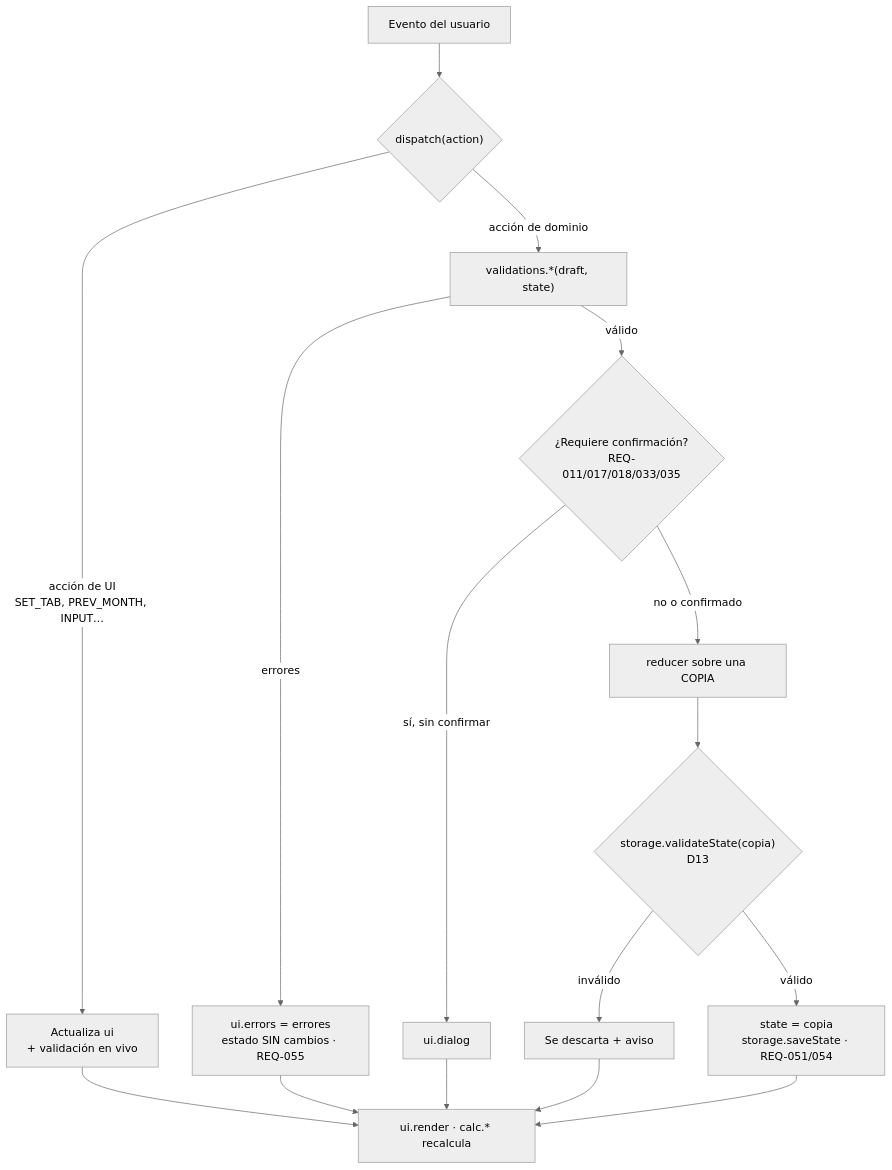
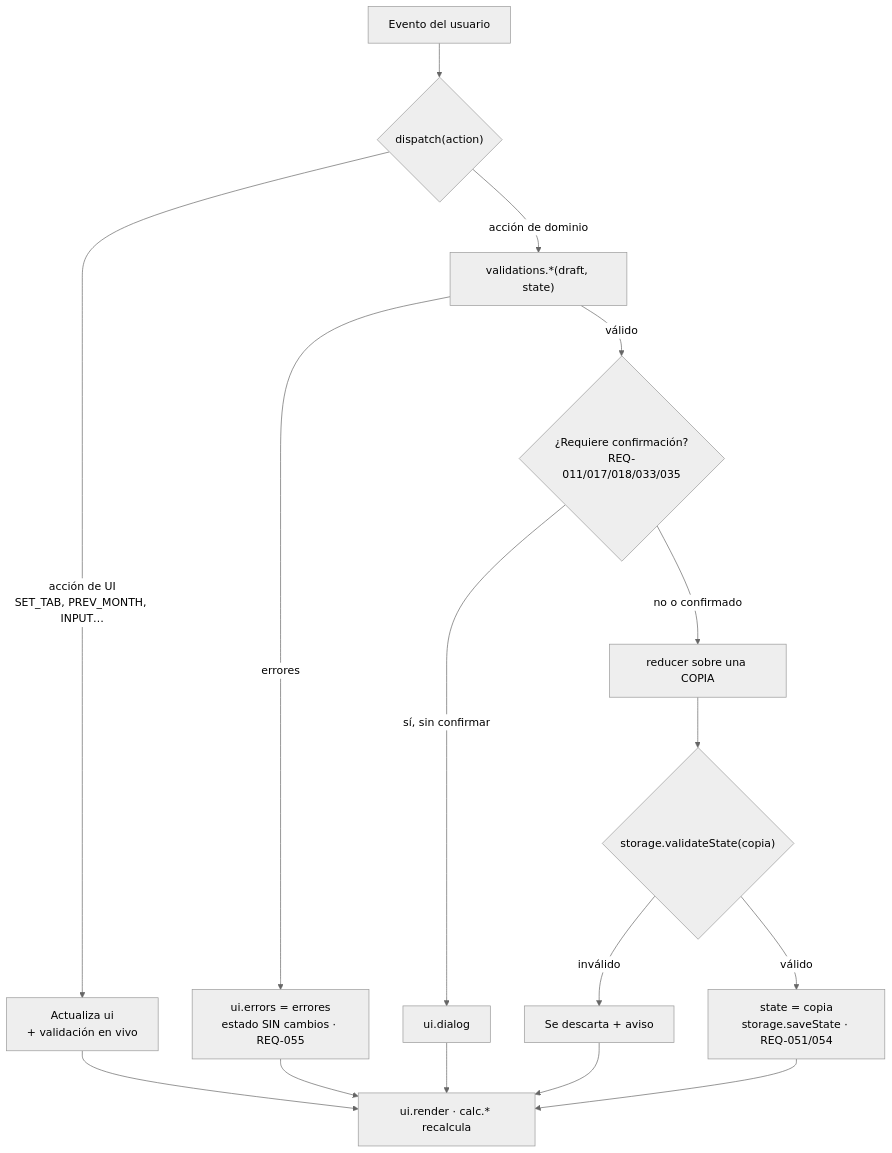
The fourth of 7 diagrams in docs/design.md (jfallash12/FinanzApp), drawn with Mermaid (neutral theme) before and after one commit. The commit also changed other lines of this file and 1 other file, not shown here.

````diff
--- a/docs/design.md
+++ b/docs/design.md
@@ -230,18 +214,18 @@
 ```mermaid
 flowchart TD
   E[Evento del usuario] --> D{"dispatch(action)"}
   D -->|acción de UI<br/>SET_TAB, PREV_MONTH, INPUT…| U[Actualiza ui<br/>+ validación en vivo]
   D -->|acción de dominio| V["validations.*(draft, state)"]
   V -->|errores| ER[ui.errors = errores<br/>estado SIN cambios · REQ-055]
   V -->|válido| C{¿Requiere confirmación?<br/>REQ-011/017/018/033/035}
   C -->|sí, sin confirmar| DLG[ui.dialog]
   C -->|no o confirmado| R[reducer sobre una COPIA]
-  R --> K{"storage.validateState(copia)<br/>D13"}
+  R --> K{"storage.validateState(copia)"}
   K -->|inválido| X[Se descarta + aviso]
   K -->|válido| S["state = copia<br/>storage.saveState · REQ-051/054"]
   S --> RN["ui.render · calc.* recalcula"]
   U --> RN
   ER --> RN
   DLG --> RN
   X --> RN
 ```
````
